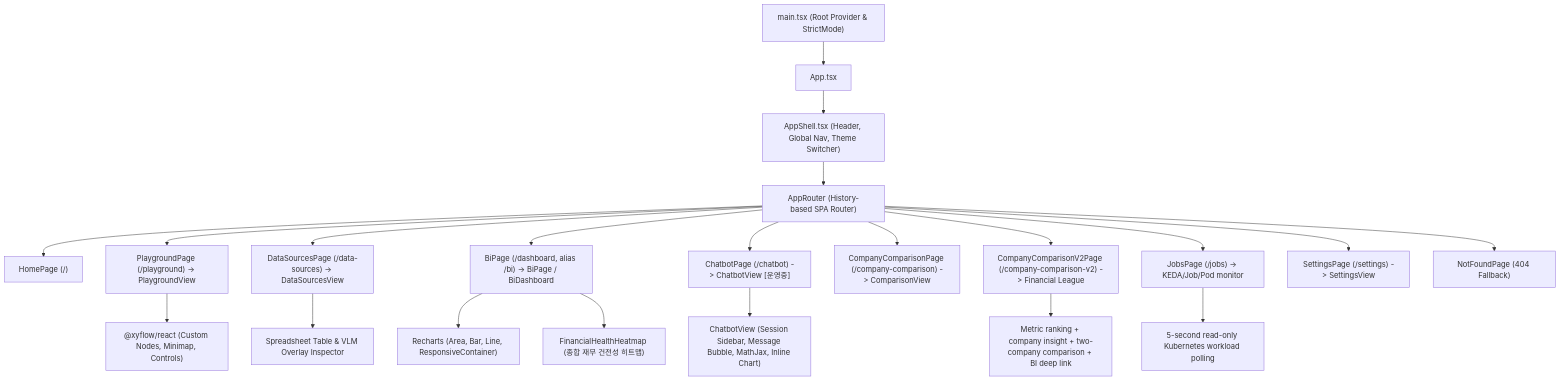
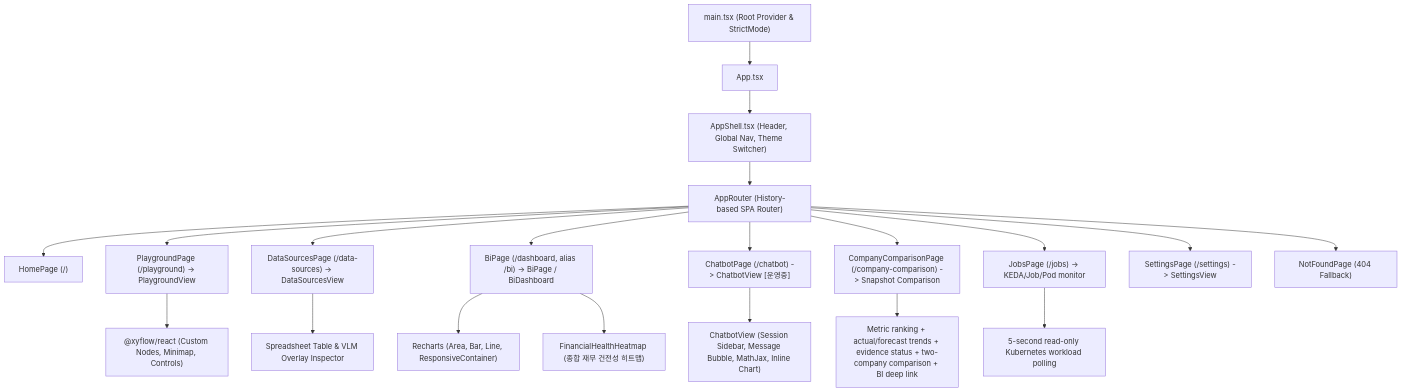
Before and after one commit to bist-mini-final/bist-mini-final: the diagram in docs/blueprints/06_frontend_blueprints/BP-601_frontend_component_wiring.md, drawn with Mermaid. The commit also changed other lines of this file and 205 other files, not shown here.

Commit message:
feat: initialize full-stack workspace architecture with BI analytics, company comparison, and job orchestration modules

````diff
--- a/docs/blueprints/06_frontend_blueprints/BP-601_frontend_component_wiring.md
+++ b/docs/blueprints/06_frontend_blueprints/BP-601_frontend_component_wiring.md
@@ -9,26 +9,25 @@
 ```mermaid
 graph TD
     ROOT["main.tsx (Root Provider & StrictMode)"] --> APP["App.tsx"]
     APP --> SHELL["AppShell.tsx (Header, Global Nav, Theme Switcher)"]
     
     SHELL --> ROUTER["AppRouter (History-based SPA Router)"]
     
     ROUTER --> P_HOME["HomePage (/)"]
     ROUTER --> P_PLAY["PlaygroundPage (/playground) -> PlaygroundView"]
     ROUTER --> P_DS["DataSourcesPage (/data-sources) -> DataSourcesView"]
     ROUTER --> P_BI["BiPage (/dashboard, alias /bi) -> BiPage / BiDashboard"]
     ROUTER --> P_CHAT["ChatbotPage (/chatbot) -> ChatbotView [운영중]"]
-    ROUTER --> P_COMP["CompanyComparisonPage (/company-comparison) -> ComparisonView"]
-    ROUTER --> P_COMP_V2["CompanyComparisonV2Page (/company-comparison-v2) -> Financial League"]
+    ROUTER --> P_COMP["CompanyComparisonPage (/company-comparison) -> Snapshot Comparison"]
     ROUTER --> P_JOBS["JobsPage (/jobs) -> KEDA/Job/Pod monitor"]
     ROUTER --> P_SET["SettingsPage (/settings) -> SettingsView"]
     ROUTER --> P_404["NotFoundPage (404 Fallback)"]
 
     P_PLAY --> XYFLOW["@xyflow/react (Custom Nodes, Minimap, Controls)"]
     P_DS --> GRID_VIEW["Spreadsheet Table & VLM Overlay Inspector"]
     P_BI --> RECHARTS["Recharts (Area, Bar, Line, ResponsiveContainer)"]
     P_BI --> HEATMAP["FinancialHealthHeatmap (종합 재무 건전성 히트맵)"]
     P_CHAT --> CHAT_VIEW["ChatbotView (Session Sidebar, Message Bubble, MathJax, Inline Chart)"]
-    P_COMP_V2 --> LEAGUE_VIEW["Metric ranking + company insight + two-company comparison + BI deep link"]
+    P_COMP --> LEAGUE_VIEW["Metric ranking + actual/forecast trends + evidence status + two-company comparison + BI deep link"]
     P_JOBS --> JOB_MONITOR["5-second read-only Kubernetes workload polling"]
 ```
````
